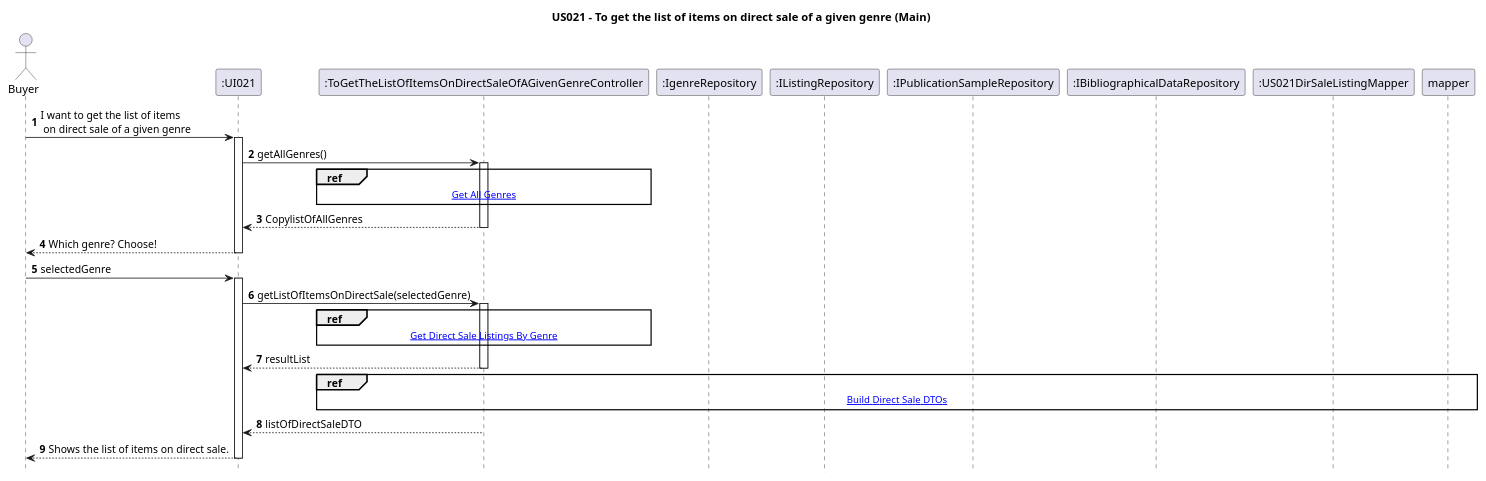
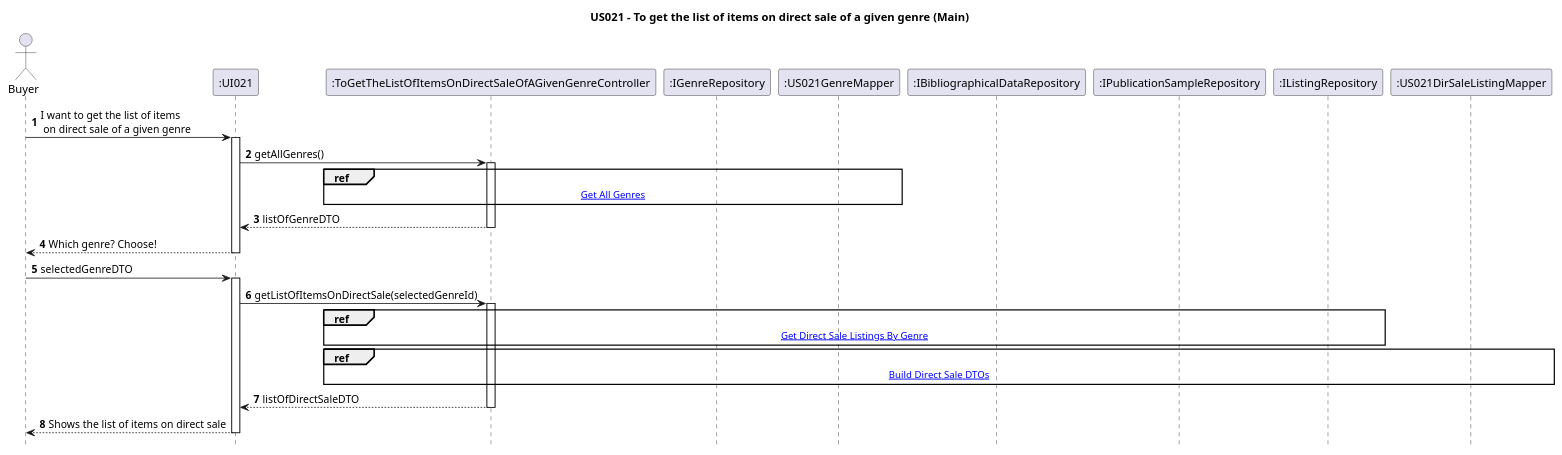
One commit to AndrePereiraGitH/SWitCH-Project-Team_A changed the diagram in Diagrams/SequenceDiagrams/N2/US021-to-get-the-list-of-items-on-direct-sale-of-a-given-genre/1.MainDiagram.puml. Above: the diagram before and after it, drawn with PlantUML. The commit also changed 6 other files, not shown here.

Commit message:
Working on #544: update all US021 diagrams to reflect new architecture

```diff
--- a/Diagrams/SequenceDiagrams/N2/US021-to-get-the-list-of-items-on-direct-sale-of-a-given-genre/1.MainDiagram.puml
+++ b/Diagrams/SequenceDiagrams/N2/US021-to-get-the-list-of-items-on-direct-sale-of-a-given-genre/1.MainDiagram.puml
@@ -1,56 +1,52 @@
 @startuml
 hide footbox
 autonumber
 title US021 - To get the list of items on direct sale of a given genre (Main)
 
 actor Buyer
 participant ":UI021" as UI
 participant ":ToGetTheListOfItemsOnDirectSaleOfAGivenGenreController" as Ctrl
-participant ":IgenreRepository" as IgenreRepo
-participant ":IListingRepository" as IlistingRepo
-participant ":IPublicationSampleRepository" as IpubSampleRepo
-participant ":IBibliographicalDataRepository" as IbdRepo
+participant ":IGenreRepository" as IGenreRepo
+participant ":US021GenreMapper" as GenreMapper
+participant ":IBibliographicalDataRepository" as IBDRepo
+participant ":IPublicationSampleRepository" as IPSRepo
+participant ":IListingRepository" as IListingRepo
 participant ":US021DirSaleListingMapper" as Mapper
 
 Buyer -> UI : I want to get the list of items\n on direct sale of a given genre
 activate UI
 
 UI -> Ctrl : getAllGenres()
 activate Ctrl
 
-ref over Ctrl
+ref over Ctrl, GenreMapper
 [[2.GetAllGenres.puml Get All Genres]]
 end ref
 
-Ctrl --> UI : CopylistOfAllGenres
+Ctrl --> UI : listOfGenreDTO
 deactivate Ctrl
 
 UI --> Buyer : Which genre? Choose!
 deactivate UI
 
-Buyer -> UI : selectedGenre
+Buyer -> UI : selectedGenreDTO
 activate UI
 
-UI -> Ctrl : getListOfItemsOnDirectSale(selectedGenre)
+UI -> Ctrl : getListOfItemsOnDirectSale(selectedGenreId)
 activate Ctrl
 
-ref over Ctrl
+ref over Ctrl, IBDRepo, IPSRepo, IListingRepo
 [[3.GetDirectSaleListingsByGenre.puml Get Direct Sale Listings By Genre]]
 end ref
 
-Ctrl --> UI : resultList
-deactivate Ctrl
-
-
-ref over Ctrl, mapper
+ref over Ctrl, Mapper
 [[4.BuildDirectSaleDTOs.puml Build Direct Sale DTOs]]
 end ref
 
+Ctrl --> UI : listOfDirectSaleDTO
+deactivate Ctrl
 
-Ctrl --> UI : listOfDirectSaleDTO
-
-
-UI --> Buyer : Shows the list of items on direct sale.
+UI --> Buyer : Shows the list of items on direct sale
 deactivate UI
 
 @enduml
```
